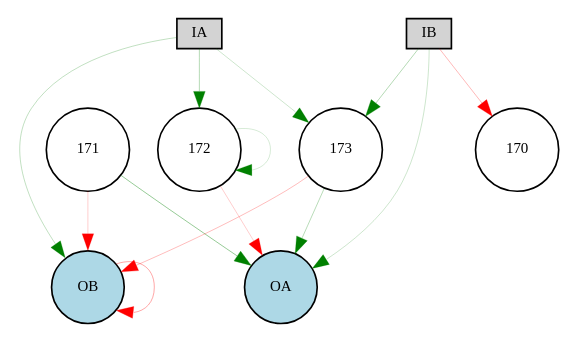
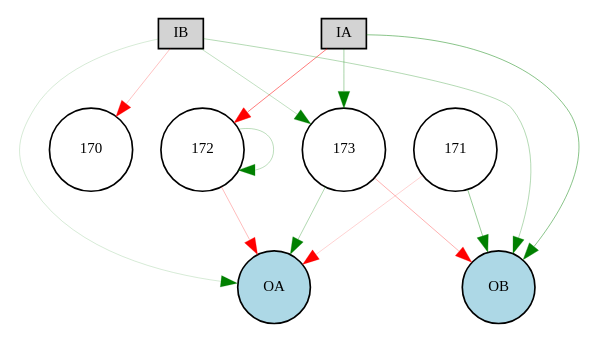
One commit to danxan/neuromorphic-evolution changed the diagram in source/discrete_experiment/Digraph.gv. Above: the diagram before and after it, drawn with Graphviz. The commit also changed 6 other files, not shown here.

```diff
--- a/source/discrete_experiment/Digraph.gv
+++ b/source/discrete_experiment/Digraph.gv
@@ -1,23 +1,23 @@
 digraph {
 	node [fontsize=9 height=0.2 shape=circle width=0.2]
 	IA [fillcolor=lightgray shape=box style=filled]
 	IB [fillcolor=lightgray shape=box style=filled]
 	OA [fillcolor=lightblue style=filled]
 	OB [fillcolor=lightblue style=filled]
 	171 [fillcolor=white style=filled]
 	172 [fillcolor=white style=filled]
 	173 [fillcolor=white style=filled]
-	IA -> 172 [color=green penwidth=0.18177453518927827 style=solid]
-	IA -> 173 [color=green penwidth=0.11525654338224839 style=solid]
-	172 -> 172 [color=green penwidth=0.1005191522313945 style=solid]
-	171 -> OA [color=green penwidth=0.25254836759968013 style=solid]
-	173 -> OA [color=green penwidth=0.166803024220898 style=solid]
-	IB -> OA [color=green penwidth=0.11744115130427661 style=solid]
-	IA -> OB [color=green penwidth=0.14901999032238702 style=solid]
-	173 -> OB [color=red penwidth=0.16257283005870055 style=solid]
-	172 -> OA [color=red penwidth=0.12035679259011856 style=solid]
-	171 -> OB [color=red penwidth=0.11622399935816598 style=solid]
-	IB -> 173 [color=green penwidth=0.1769971528190641 style=solid]
-	OB -> OB [color=red penwidth=0.20559698748429434 style=solid]
-	IB -> 170 [color=red penwidth=0.1669423787243272 style=solid]
+	IA -> 172 [color=red penwidth=0.30633786280746184 style=solid]
+	IB -> 173 [color=green penwidth=0.153158986888041 style=solid]
+	172 -> 172 [color=green penwidth=0.15659401514365456 style=solid]
+	IA -> OB [color=green penwidth=0.27532031431917825 style=solid]
+	173 -> OA [color=green penwidth=0.19436480647137777 style=solid]
+	IB -> OA [color=green penwidth=0.10311206868724881 style=solid]
+	171 -> OA [color=red penwidth=0.10594231370270031 style=solid]
+	IB -> OB [color=green penwidth=0.18293541736237007 style=solid]
+	173 -> OB [color=red penwidth=0.19140708476022578 style=solid]
+	172 -> OA [color=red penwidth=0.16472161984360423 style=solid]
+	171 -> OB [color=green penwidth=0.23557447193680225 style=solid]
+	IA -> 173 [color=green penwidth=0.21280648419627038 style=solid]
+	IB -> 170 [color=red penwidth=0.14796372864769292 style=solid]
 }
```
